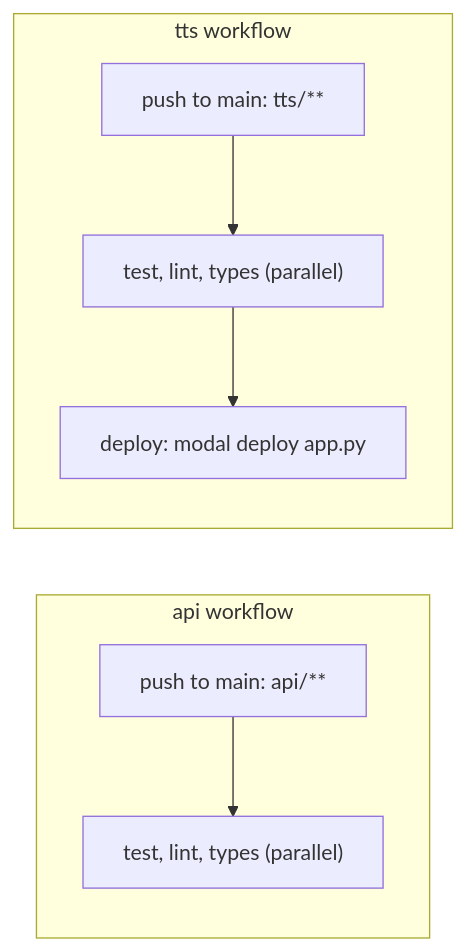
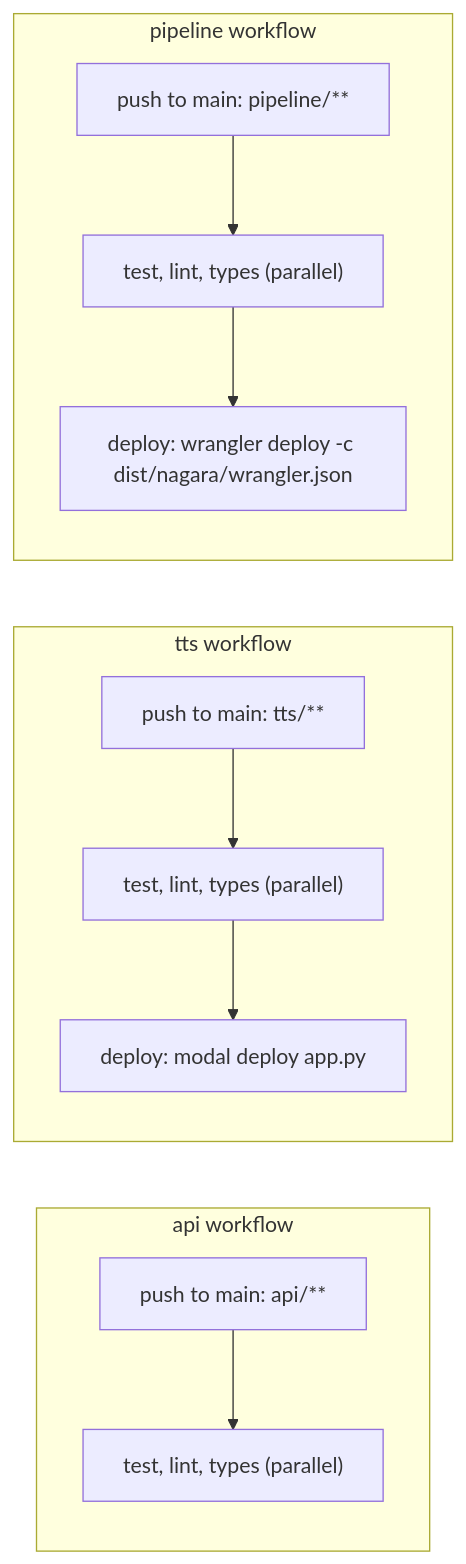
The diagram in docs/technical-design/deployment-and-ci.md (asermax/nagara), drawn with Mermaid before and after one commit. The commit also changed other lines of this file and 5 other files, not shown here.

````diff
--- a/docs/technical-design/deployment-and-ci.md
+++ b/docs/technical-design/deployment-and-ci.md
@@ -44,10 +51,14 @@
 ```mermaid
 flowchart LR
     subgraph "api workflow"
         A1["push to main: api/**"] --> A2["test, lint, types (parallel)"]
     end
     subgraph "tts workflow"
         T1["push to main: tts/**"] --> T2["test, lint, types (parallel)"]
         T2 --> T3["deploy: modal deploy app.py"]
     end
+    subgraph "pipeline workflow"
+        P1["push to main: pipeline/**"] --> P2["test, lint, types (parallel)"]
+        P2 --> P3["deploy: wrangler deploy -c dist/nagara/wrangler.json"]
+    end
 ```
````
